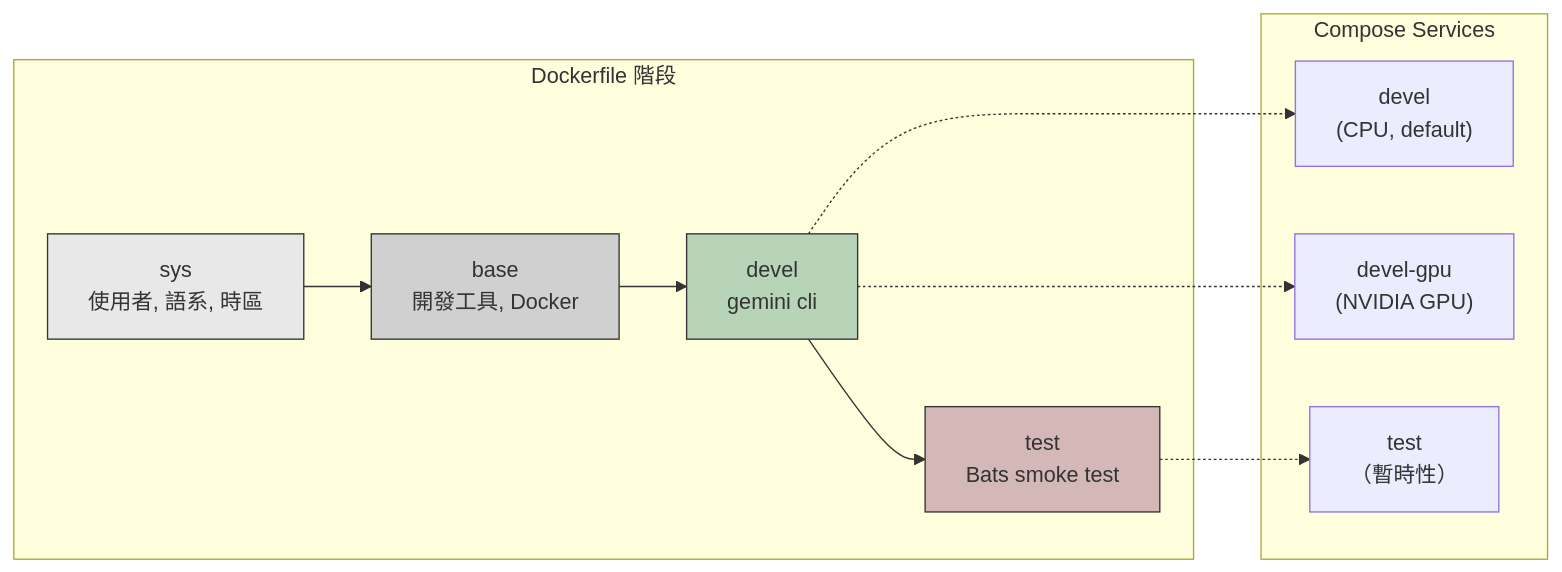
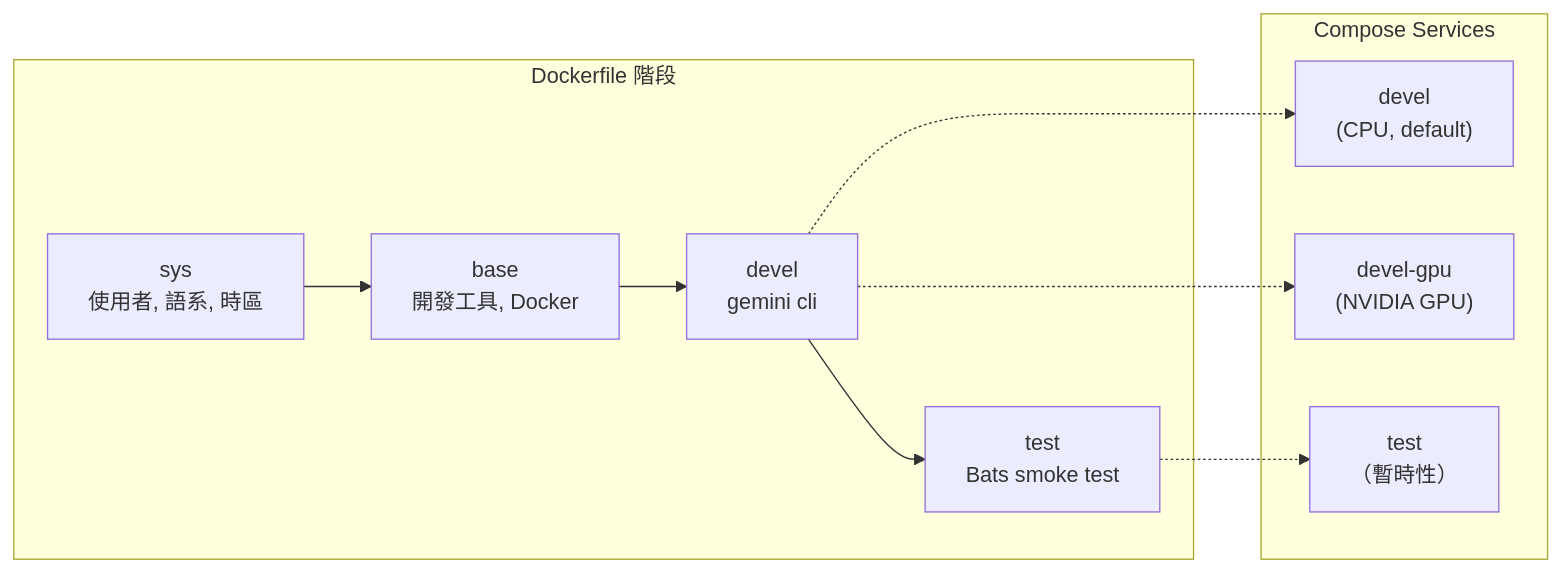
The second of 3 diagrams in doc/README.zh-TW.md (ycpss91255-docker/gemini_cli), drawn with Mermaid before and after one commit. The commit also changed other lines of this file and 3 other files, not shown here.

Commit message:
docs: remove mermaid background colors from architecture diagrams

````diff
--- a/doc/README.zh-TW.md
+++ b/doc/README.zh-TW.md
@@ -69,26 +67,22 @@
 ```mermaid
 graph LR
     subgraph "Dockerfile 階段"
         sys["sys<br/>使用者, 語系, 時區"]
         base["base<br/>開發工具, Docker"]
         devel["devel<br/>gemini cli"]
         test["test<br/>Bats smoke test"]
     end
 
     sys --> base --> devel --> test
 
     subgraph "Compose Services"
         S_CPU["devel<br/>(CPU, default)"]
         S_GPU["devel-gpu<br/>(NVIDIA GPU)"]
         S_Test["test<br/>（暫時性）"]
     end
 
     devel -.-> S_CPU
     devel -.-> S_GPU
     test -.-> S_Test
 
-    style sys fill:#e8e8e8,stroke:#333
-    style base fill:#d0d0d0,stroke:#333
-    style devel fill:#b8d4b8,stroke:#333
-    style test fill:#d4b8b8,stroke:#333
 ```
````
